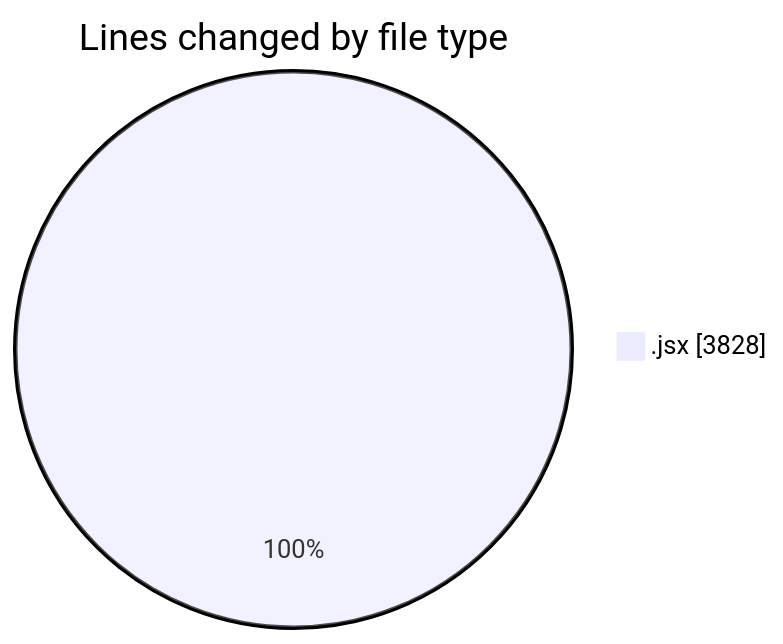
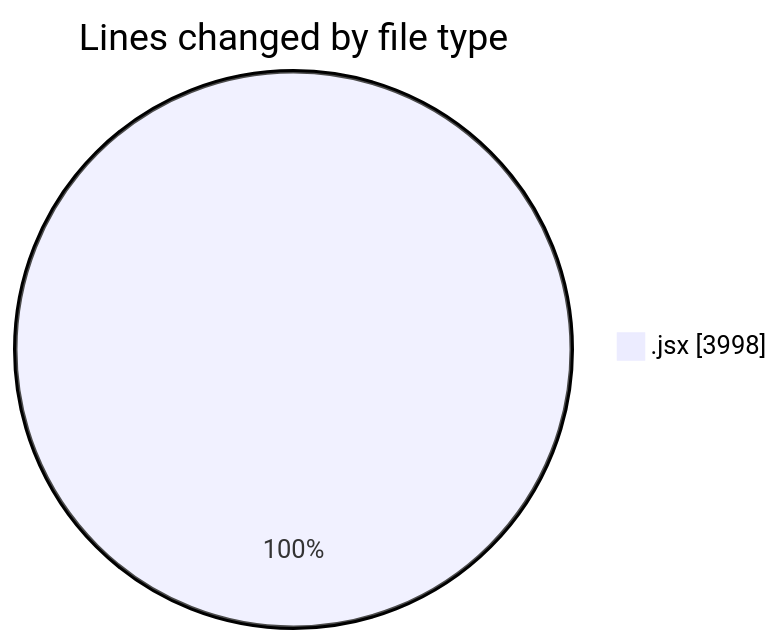
Before and after one commit to nxtqubesakshisongat/code-tracking: the first of 2 diagrams in 2025-10-14/nxtqube_webapp/README.md, drawn with Mermaid. The commit also changed other lines of this file and 1 other file, not shown here.

````diff
--- a/2025-10-14/nxtqube_webapp/README.md
+++ b/2025-10-14/nxtqube_webapp/README.md
@@ -21,5 +21,5 @@
 ```mermaid
 pie showData
 title Lines changed by file type
-".jsx" : 3828
+".jsx" : 3998
 ```
````
